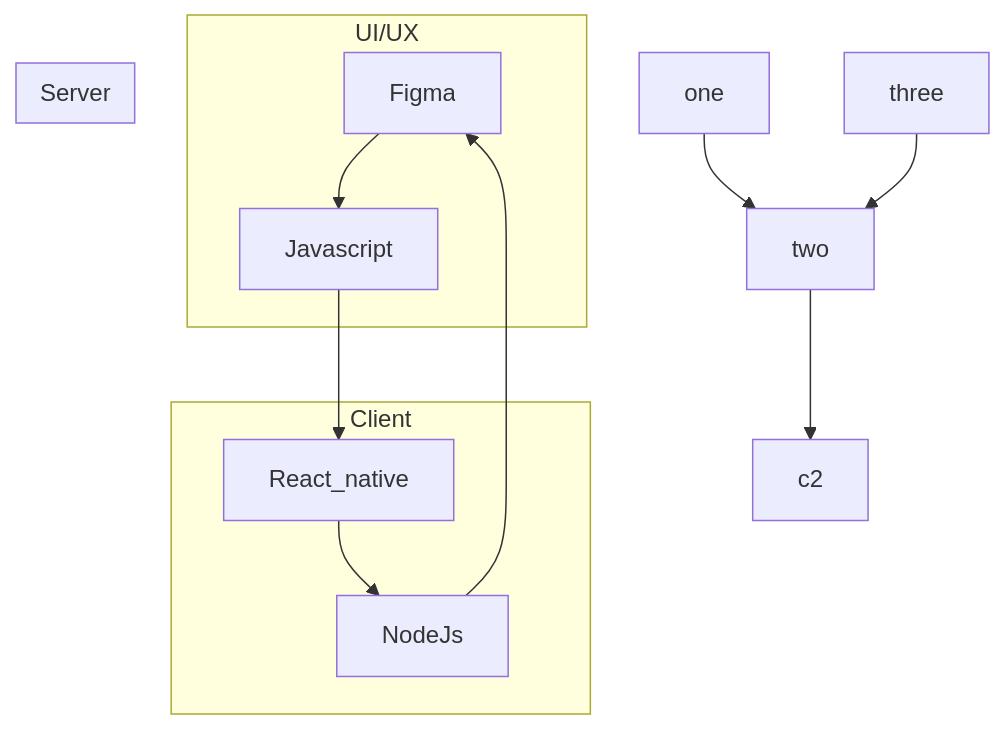
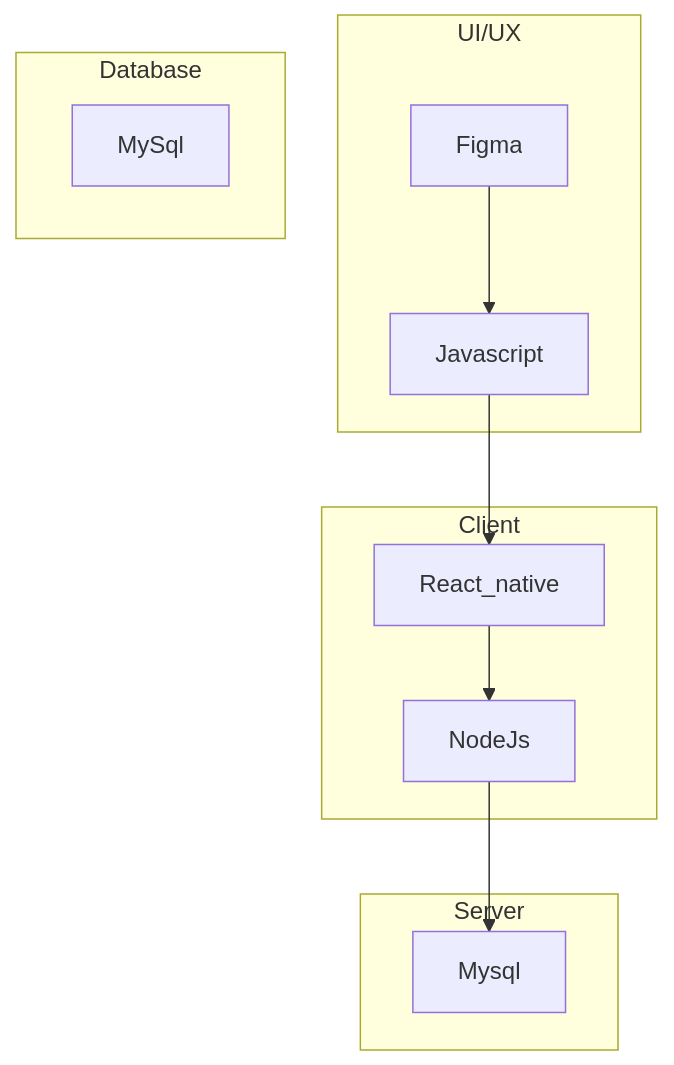
One commit to fahrizap/Kodein changed the second of 2 diagrams in job interview.MD. Above: the diagram before and after it, drawn with Mermaid.

Commit message:
Update job interview.MD

````diff
--- a/job interview.MD
+++ b/job interview.MD
@@ -77,18 +77,18 @@
 ```mermaid
 flowchart TB
     subgraph UI/UX
     Figma-->Javascript
     end
     subgraph Client
     Javascript-->React_native
     React_native-->NodeJs
     end
     subgraph Server
-    NodeJs-->Figma
+    NodeJs-->Mysql
     end
-    one --> two
-    three --> two
-    two --> c2
+    subgraph Database
+    MySql
+    end
   
     
 ```
````
